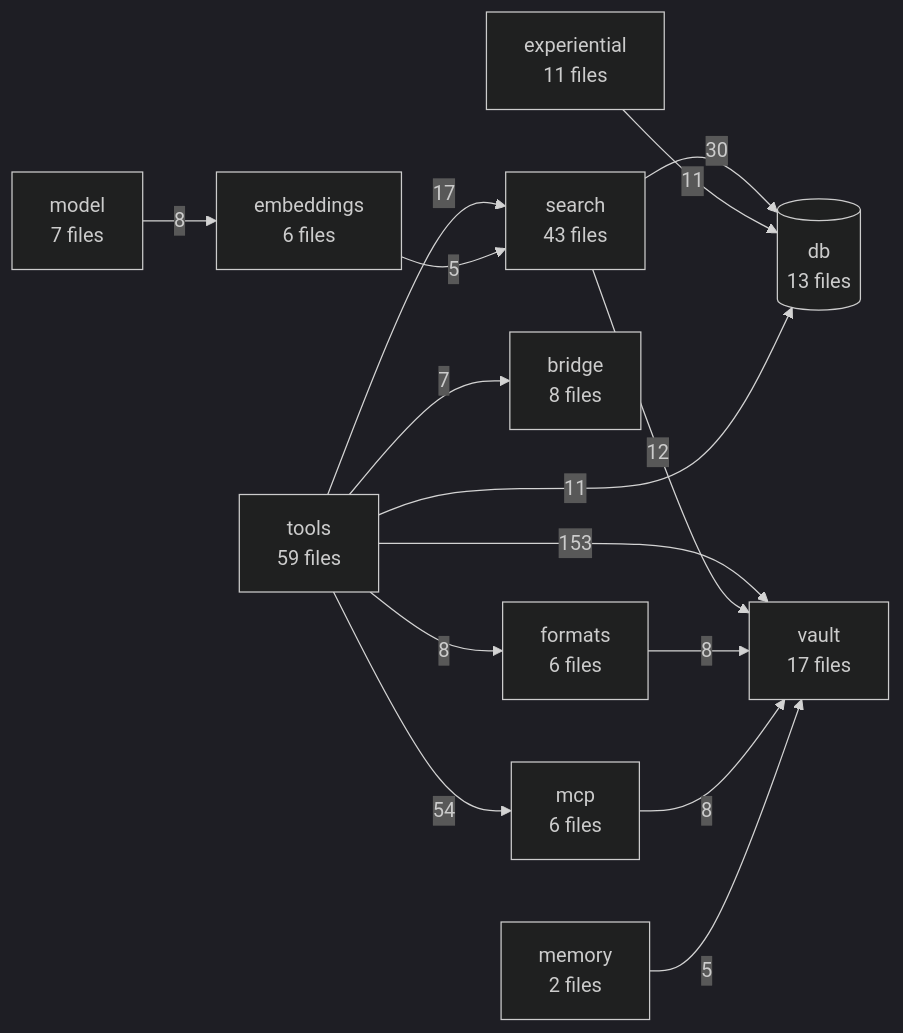
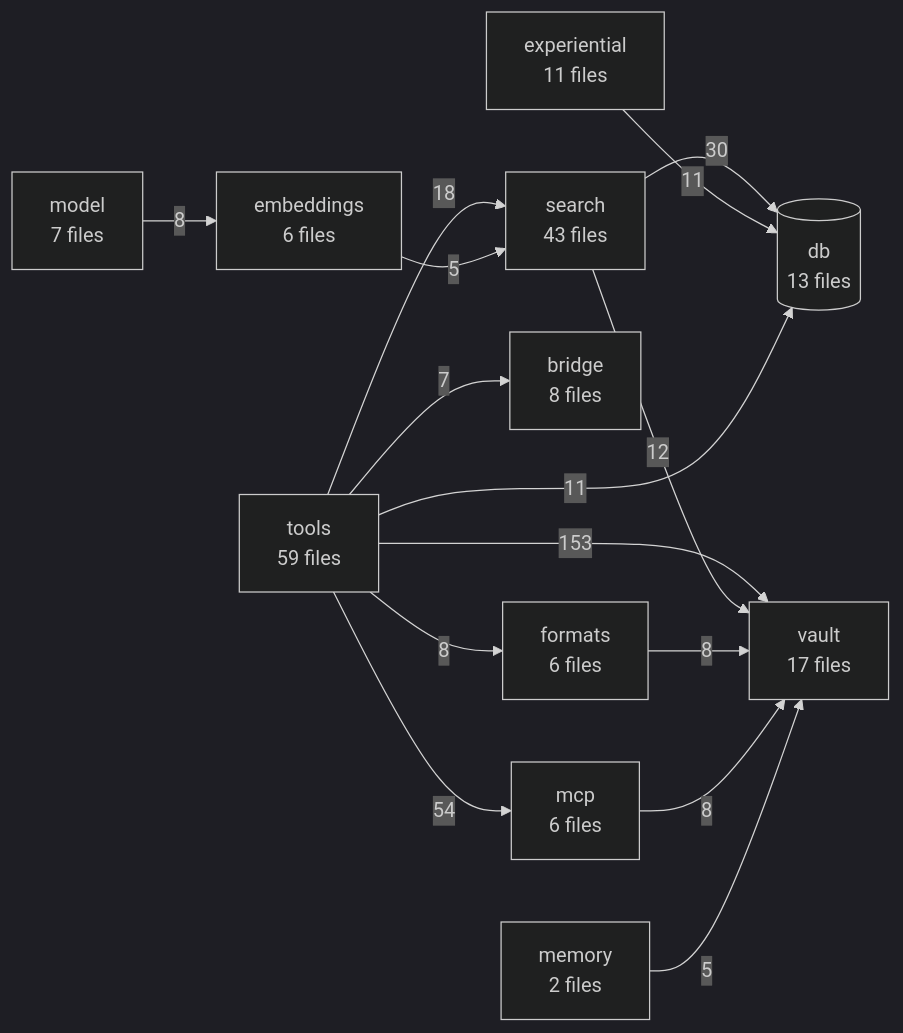
Before and after one commit to The-40-Thieves/obsidian-tc: the diagram in TREE.md, drawn with Mermaid (dark theme). The commit also changed other lines of this file and 7 other files, not shown here.

````diff
--- a/TREE.md
+++ b/TREE.md
@@ -216,29 +216,29 @@
 ```mermaid
 flowchart LR
   tools[tools<br/>59 files]
   search[search<br/>43 files]
   vault[vault<br/>17 files]
   db[(db<br/>13 files)]
   experiential[experiential<br/>11 files]
   bridge[bridge<br/>8 files]
   model[model<br/>7 files]
   embeddings[embeddings<br/>6 files]
   formats[formats<br/>6 files]
   mcp[mcp<br/>6 files]
   memory[memory<br/>2 files]
 
   tools -->|153| vault
   tools -->|54| mcp
   search -->|30| db
-  tools -->|17| search
+  tools -->|18| search
   search -->|12| vault
   experiential -->|11| db
   tools -->|11| db
   formats -->|8| vault
   mcp -->|8| vault
   model -->|8| embeddings
   tools -->|8| formats
   tools -->|7| bridge
   embeddings -->|5| search
   memory -->|5| vault
 ```
````
